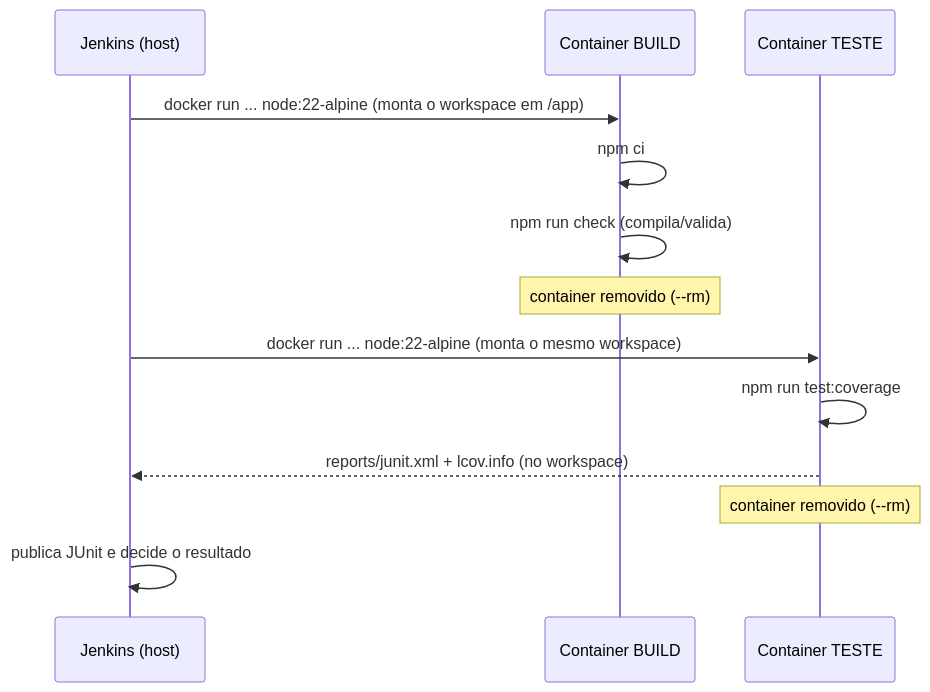
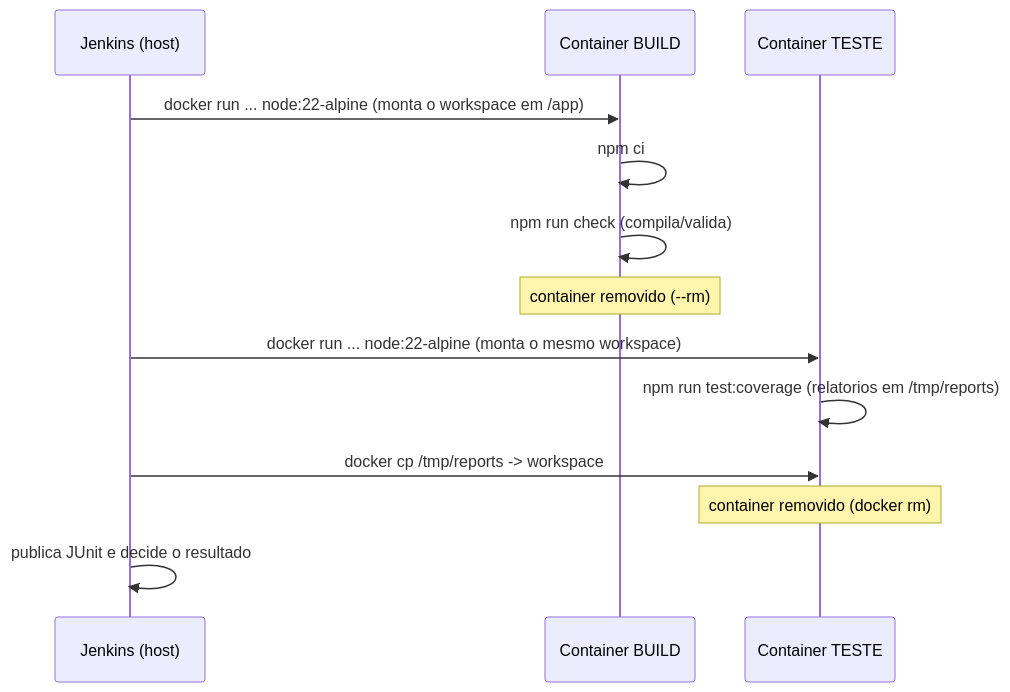
One commit to DanielTrindade/jenkins-trabalho changed the third of 3 diagrams in docs/arquitetura-docker.md. Above: the diagram before and after it, drawn with Mermaid. The commit also changed other lines of this file and 2 other files, not shown here.

First line of the commit message:
fix(ci): grava relatorios em /tmp e extrai com docker cp (EACCES no Windows)

````diff
--- a/docs/arquitetura-docker.md
+++ b/docs/arquitetura-docker.md
@@ -96,15 +100,15 @@
 ```mermaid
 sequenceDiagram
     participant J as Jenkins (host)
     participant B as Container BUILD
     participant T as Container TESTE
     J->>B: docker run ... node:22-alpine (monta o workspace em /app)
     B->>B: npm ci
     B->>B: npm run check (compila/valida)
     Note over B: container removido (--rm)
     J->>T: docker run ... node:22-alpine (monta o mesmo workspace)
-    T->>T: npm run test:coverage
-    T-->>J: reports/junit.xml + lcov.info (no workspace)
-    Note over T: container removido (--rm)
+    T->>T: npm run test:coverage (relatorios em /tmp/reports)
+    J->>T: docker cp /tmp/reports -> workspace
+    Note over T: container removido (docker rm)
     J->>J: publica JUnit e decide o resultado
 ```
````
